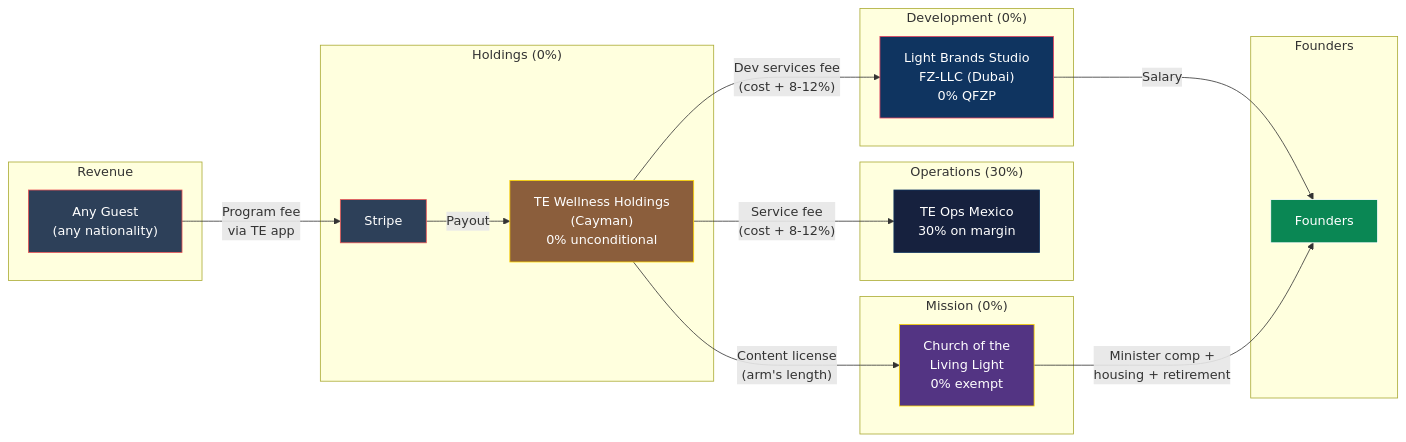
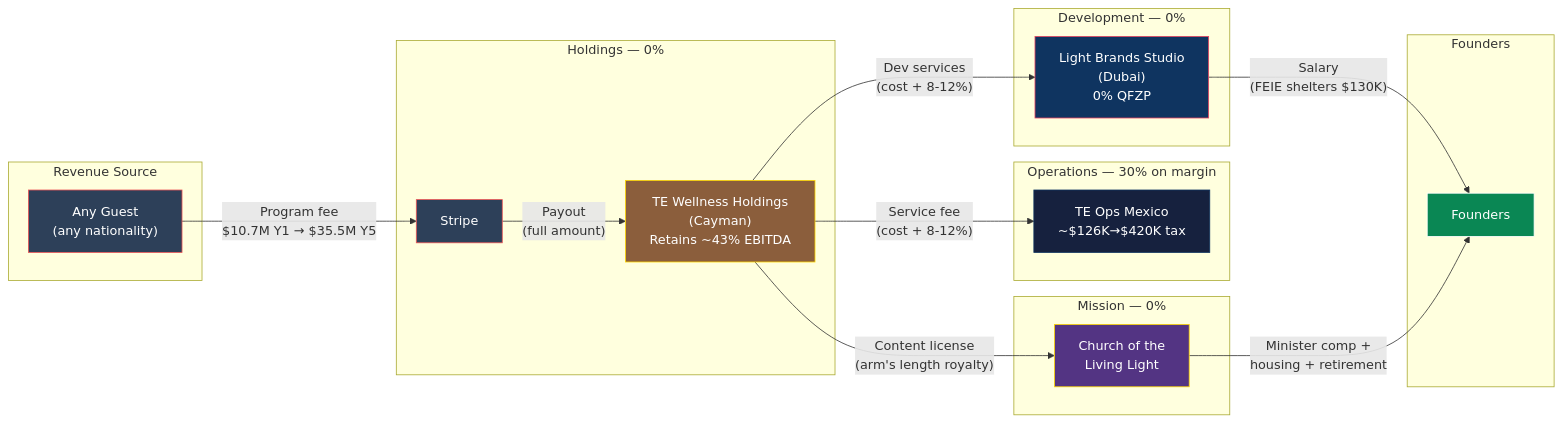
One commit to Light-Brands/epic-center changed the eighth of 15 diagrams in docs/tax-structure/01-MASTER-STRUCTURE.md. Above: the diagram before and after it, drawn with Mermaid. The commit also changed other lines of this file, not shown here.

First line of the commit message:
Visual overhaul of Master Structure doc with progressive reveal architecture

````diff
--- a/docs/tax-structure/01-MASTER-STRUCTURE.md
+++ b/docs/tax-structure/01-MASTER-STRUCTURE.md
@@ -77,43 +177,43 @@
 ```mermaid
 graph LR
-    subgraph "Revenue"
+    subgraph "Revenue Source"
         G["Any Guest<br/>(any nationality)"]
     end
 
-    subgraph "Holdings (0%)"
+    subgraph "Holdings — 0%"
         S["Stripe"]
-        CAYMAN["TE Wellness Holdings<br/>(Cayman)<br/>0% unconditional"]
+        CAYMAN["TE Wellness Holdings<br/>(Cayman)<br/>Retains ~43% EBITDA"]
     end
 
-    subgraph "Development (0%)"
-        UAE["Light Brands Studio<br/>FZ-LLC (Dubai)<br/>0% QFZP"]
+    subgraph "Development — 0%"
+        UAE["Light Brands Studio<br/>(Dubai)<br/>0% QFZP"]
     end
 
-    subgraph "Operations (30%)"
-        MEX["TE Ops Mexico<br/>30% on margin"]
+    subgraph "Operations — 30% on margin"
+        MEX["TE Ops Mexico<br/>~$126K→$420K tax"]
     end
 
-    subgraph "Mission (0%)"
-        CHURCH["Church of the<br/>Living Light<br/>0% exempt"]
+    subgraph "Mission — 0%"
+        CHURCH["Church of the<br/>Living Light"]
     end
 
     subgraph "Founders"
         F["Founders"]
     end
 
-    G -->|"Program fee<br/>via TE app"| S
-    S -->|"Payout"| CAYMAN
-    CAYMAN -->|"Dev services fee<br/>(cost + 8-12%)"| UAE
+    G -->|"Program fee<br/>$10.7M Y1 → $35.5M Y5"| S
+    S -->|"Payout<br/>(full amount)"| CAYMAN
+    CAYMAN -->|"Dev services<br/>(cost + 8-12%)"| UAE
     CAYMAN -->|"Service fee<br/>(cost + 8-12%)"| MEX
-    CAYMAN -->|"Content license<br/>(arm's length)"| CHURCH
-    UAE -->|"Salary"| F
+    CAYMAN -->|"Content license<br/>(arm's length royalty)"| CHURCH
+    UAE -->|"Salary<br/>(FEIE shelters $130K)"| F
     CHURCH -->|"Minister comp +<br/>housing + retirement"| F
 
     style G fill:#2d4059,stroke:#ea5455,color:#fff
     style S fill:#2d4059,stroke:#ea5455,color:#fff
     style CAYMAN fill:#8b5e3c,stroke:#ffd700,color:#fff
     style UAE fill:#0f3460,stroke:#e94560,color:#fff
     style MEX fill:#16213e,stroke:#0f3460,color:#fff
     style CHURCH fill:#533483,stroke:#ffd700,color:#fff
     style F fill:#0a8754,stroke:#fff,color:#fff
 ```
````
